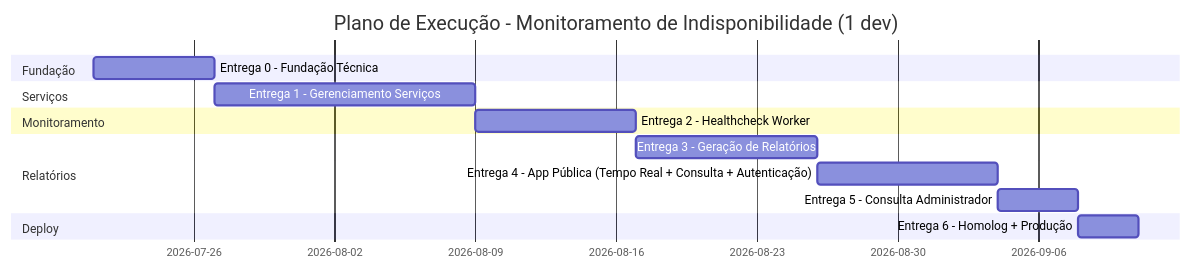
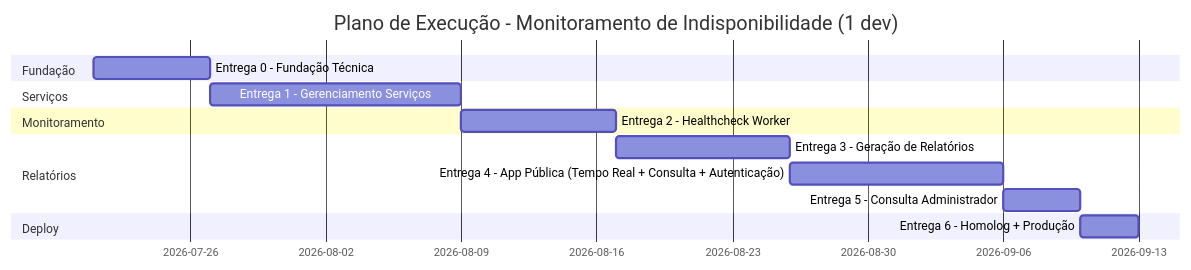
The diagram in docs/execution-plans/execution-plan.md (brunocesharp/indisponibilidades), drawn with Mermaid before and after one commit. The commit also changed other lines of this file, not shown here.

First line of the commit message:
Detalhar plano de execução da F8 em camadas na Entrega 4

````diff
--- a/docs/execution-plans/execution-plan.md
+++ b/docs/execution-plans/execution-plan.md
@@ -436,17 +443,17 @@
 ```mermaid
 gantt
     title Plano de Execução - Monitoramento de Indisponibilidade (1 dev)
     dateFormat  YYYY-MM-DD
     section Fundação
     Entrega 0 - Fundação Técnica        :e0, 2026-07-21, 6d
     section Serviços
     Entrega 1 - Gerenciamento Serviços  :e1, after e0, 13d
     section Monitoramento
     Entrega 2 - Healthcheck Worker      :e2, after e1, 8d
     section Relatórios
     Entrega 3 - Geração de Relatórios   :e3, after e2, 9d
-    Entrega 4 - App Pública (Tempo Real + Consulta + Autenticação) :e4, after e3, 9d
+    Entrega 4 - App Pública (Tempo Real + Consulta + Autenticação) :e4, after e3, 11d
     Entrega 5 - Consulta Administrador  :e5, after e4, 4d
     section Deploy
     Entrega 6 - Homolog + Produção      :e6, after e5, 3d
 ```
````
